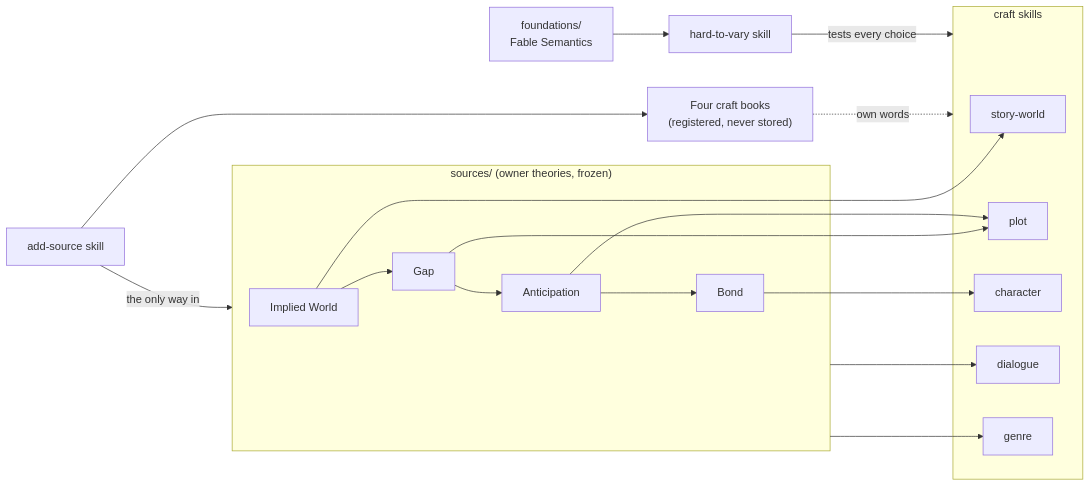
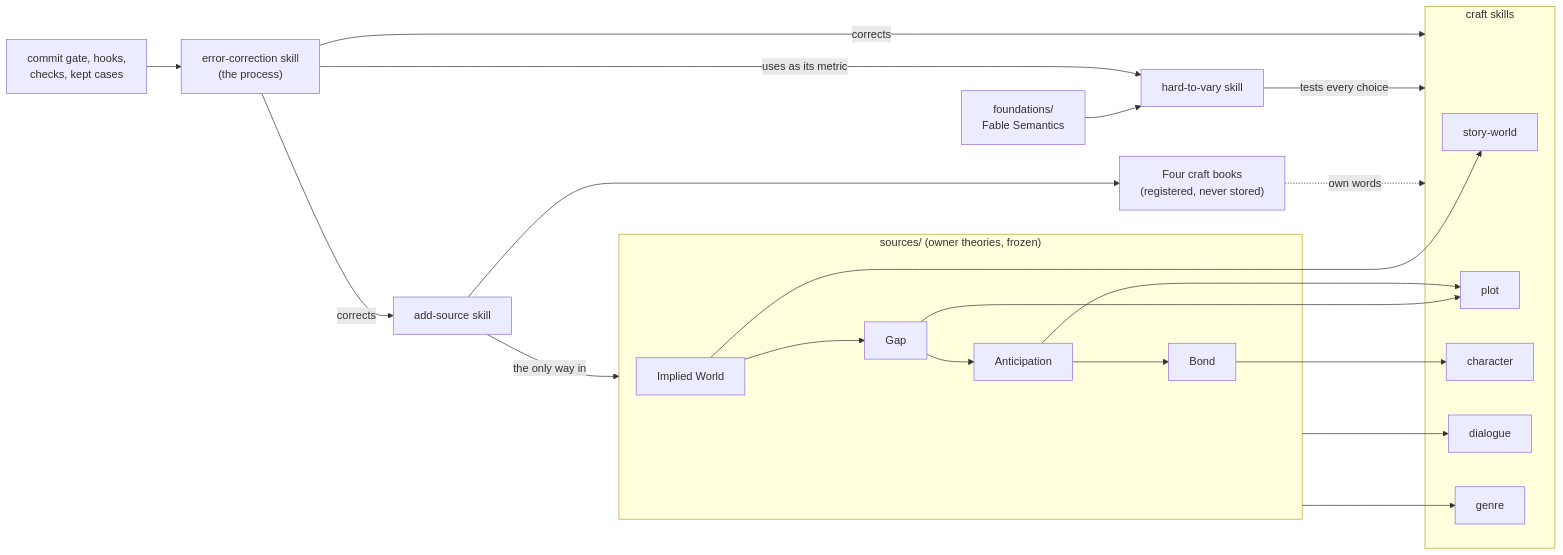
One commit to AHepi/StoryTest changed the diagram in README.md. Above: the diagram before and after it, drawn with Mermaid. The commit also changed other lines of this file and 87 other files, not shown here.

First line of the commit message:
Build error correction into the workshop (log entries 27 and 29 to 33)

````diff
--- a/README.md
+++ b/README.md
@@ -14,24 +21,28 @@
 ```mermaid
 flowchart LR
   F["foundations/<br/>Fable Semantics"] --> H["hard-to-vary skill"]
   subgraph T["sources/ (owner theories, frozen)"]
     IW["Implied World"] --> G["Gap"] --> A["Anticipation"] --> B["Bond"]
   end
   BK["Four craft books<br/>(registered, never stored)"] -.->|own words| C
   IW --> SW["story-world"]
   G --> P["plot"]
   A --> P
   B --> CH["character"]
   T --> DI["dialogue"]
   T --> GE["genre"]
   subgraph C["craft skills"]
     SW
     P
     CH
     DI
     GE
   end
   H -->|tests every choice| C
   AS["add-source skill"] -->|the only way in| T
   AS --> BK
+  EC["error-correction skill<br/>(the process)"] -->|uses as its metric| H
+  EC -->|corrects| C
+  EC -->|corrects| AS
+  G2["commit gate, hooks,<br/>checks, kept cases"] --> EC
 ```
````
